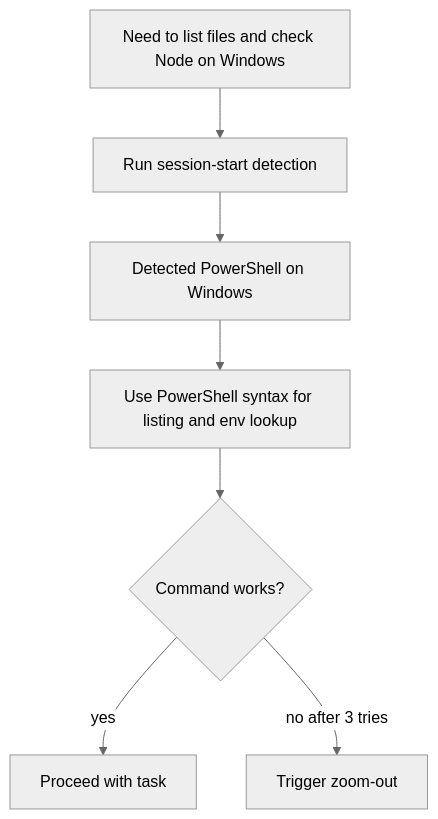
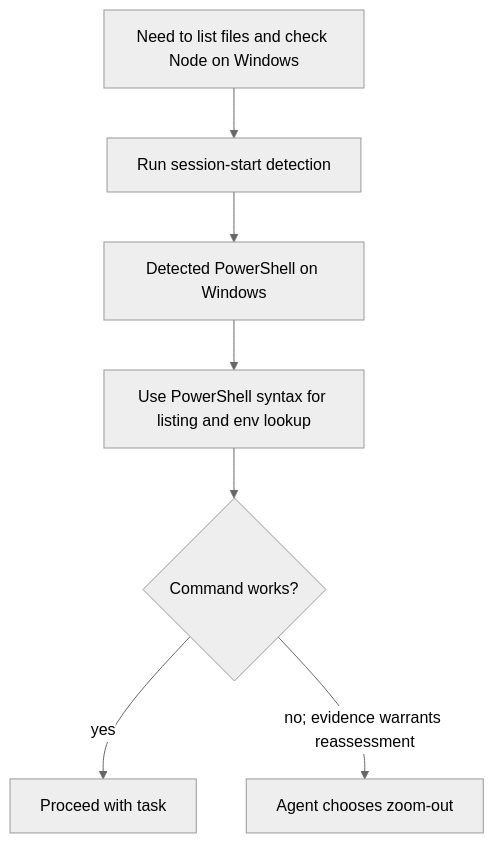
The fourth of 4 diagrams in docs/workflows/environment-detection.md (dyphn1/Harness-everything), drawn with Mermaid (neutral theme) before and after one commit. The commit also changed other lines of this file and 17 other files, not shown here.

First line of the commit message:
docs(zoom-out): describe agent-initiated zoom-out in active docs

````diff
--- a/docs/workflows/environment-detection.md
+++ b/docs/workflows/environment-detection.md
@@ -61,9 +63,9 @@
 ```mermaid
 graph TD
   AgentGoal[Need to list files and check Node on Windows] --> DetectEnv[Run session-start detection]
   DetectEnv --> FoundShell[Detected PowerShell on Windows]
   FoundShell --> UseCmd[Use PowerShell syntax for listing and env lookup]
   UseCmd --> CmdResult{Command works?}
   CmdResult -->|yes| ProceedTask[Proceed with task]
-  CmdResult -->|no after 3 tries| ZoomStep[Trigger zoom-out]
+  CmdResult -->|no; evidence warrants reassessment| ZoomStep[Agent chooses zoom-out]
 ```
````
